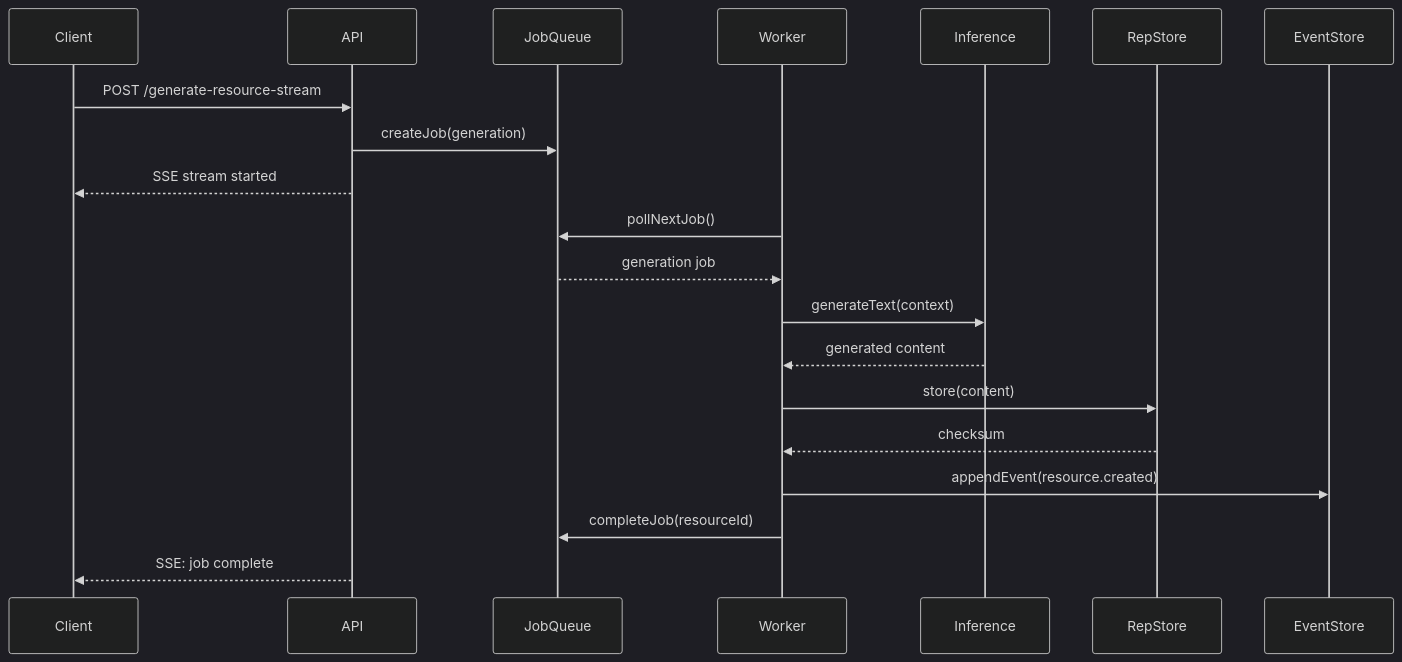
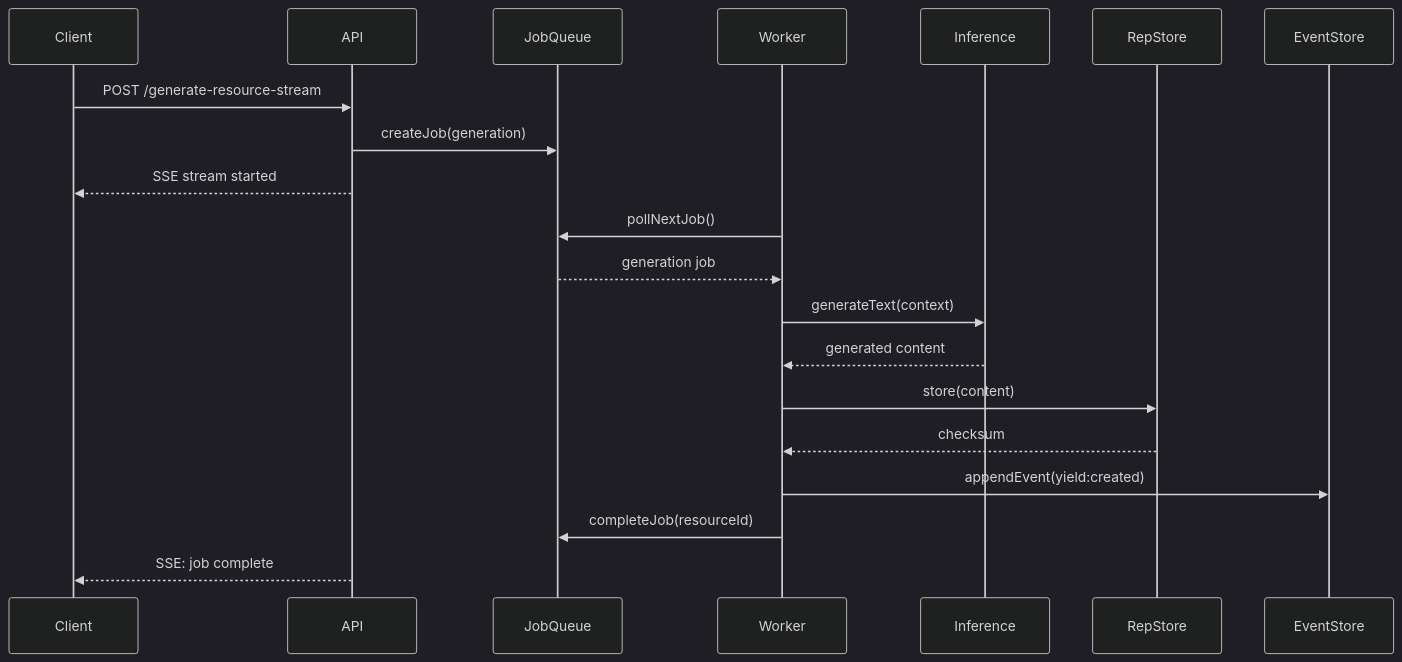
One commit to The-AI-Alliance/semiont changed the sixth of 7 diagrams in apps/backend/docs/DATA-FLOW.md. Above: the diagram before and after it, drawn with Mermaid (dark theme). The commit also changed other lines of this file and 123 other files, not shown here.

````diff
--- a/apps/backend/docs/DATA-FLOW.md
+++ b/apps/backend/docs/DATA-FLOW.md
@@ -154,23 +154,23 @@
 ```mermaid
 sequenceDiagram
     participant Client
     participant API
     participant JobQueue
     participant Worker
     participant Inference
     participant RepStore
     participant EventStore
 
     Client->>API: POST /generate-resource-stream
     API->>JobQueue: createJob(generation)
     API-->>Client: SSE stream started
     Worker->>JobQueue: pollNextJob()
     JobQueue-->>Worker: generation job
     Worker->>Inference: generateText(context)
     Inference-->>Worker: generated content
     Worker->>RepStore: store(content)
     RepStore-->>Worker: checksum
-    Worker->>EventStore: appendEvent(resource.created)
+    Worker->>EventStore: appendEvent(yield:created)
     Worker->>JobQueue: completeJob(resourceId)
     API-->>Client: SSE: job complete
 ```
````
